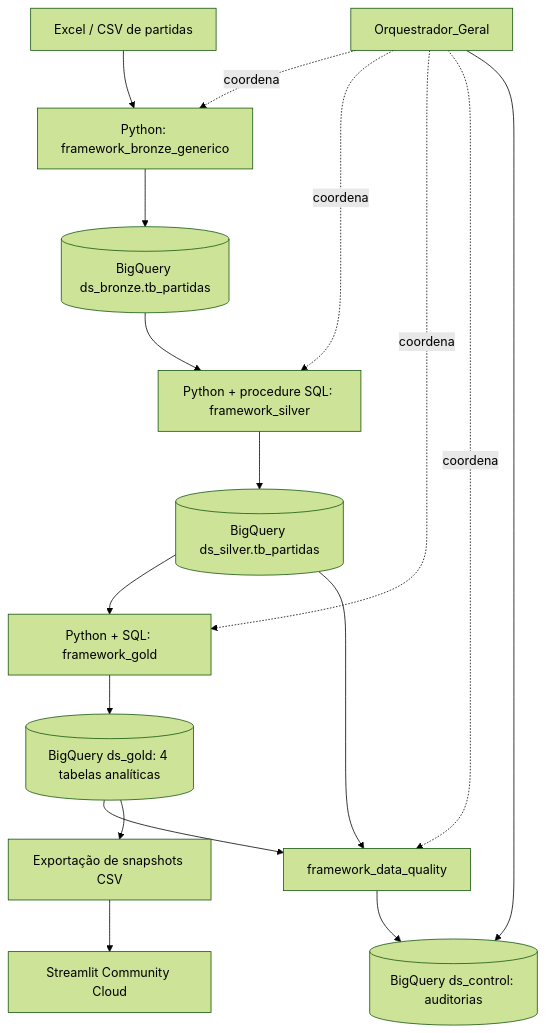
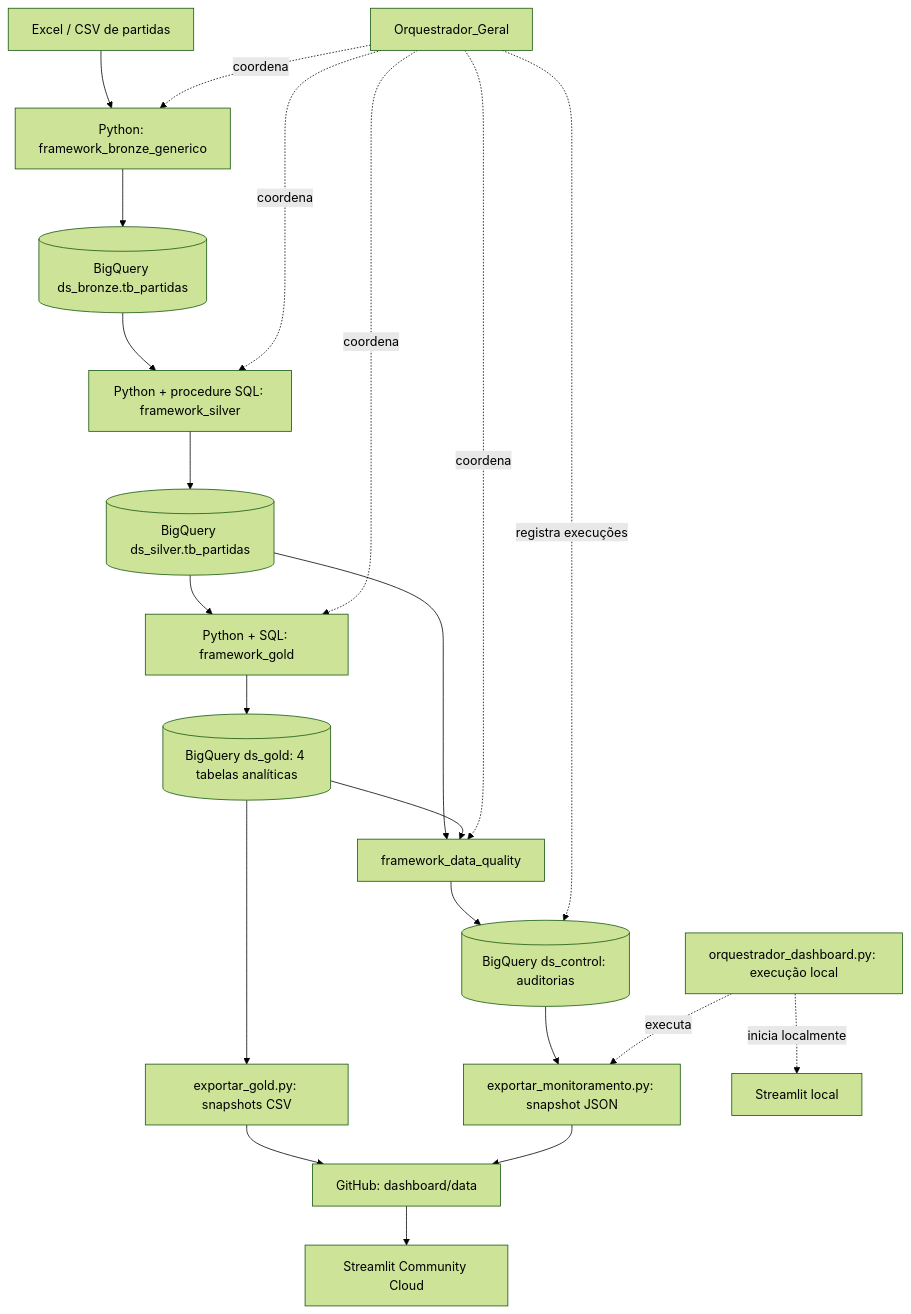
The diagram in data-platform/README.md (fermiola/brasileirao-analytics), drawn with Mermaid (forest theme) before and after one commit. The commit also changed other lines of this file, not shown here.

````diff
--- a/data-platform/README.md
+++ b/data-platform/README.md
@@ -12,19 +12,24 @@
 ```mermaid
 flowchart TD
     A[Excel / CSV de partidas] --> B[Python: framework_bronze_generico]
     B --> C[(BigQuery ds_bronze.tb_partidas)]
     C --> D[Python + procedure SQL: framework_silver]
     D --> E[(BigQuery ds_silver.tb_partidas)]
     E --> F[Python + SQL: framework_gold]
     F --> G[(BigQuery ds_gold: 4 tabelas analíticas)]
     E --> H[framework_data_quality]
     G --> H
     H --> I[(BigQuery ds_control: auditorias)]
-    G --> J[Exportação de snapshots CSV]
-    J --> K[Streamlit Community Cloud]
+    G --> J[exportar_gold.py: snapshots CSV]
+    I --> M[exportar_monitoramento.py: snapshot JSON]
+    J --> N[GitHub: dashboard/data]
+    M --> N
+    N --> K[Streamlit Community Cloud]
     L[Orquestrador_Geral] -. coordena .-> B
     L -. coordena .-> D
     L -. coordena .-> F
     L -. coordena .-> H
-    L --> I
+    L -. registra execuções .-> I
+    O[orquestrador_dashboard.py: execução local] -. executa .-> M
+    O -. inicia localmente .-> P[Streamlit local]
 ```
````
